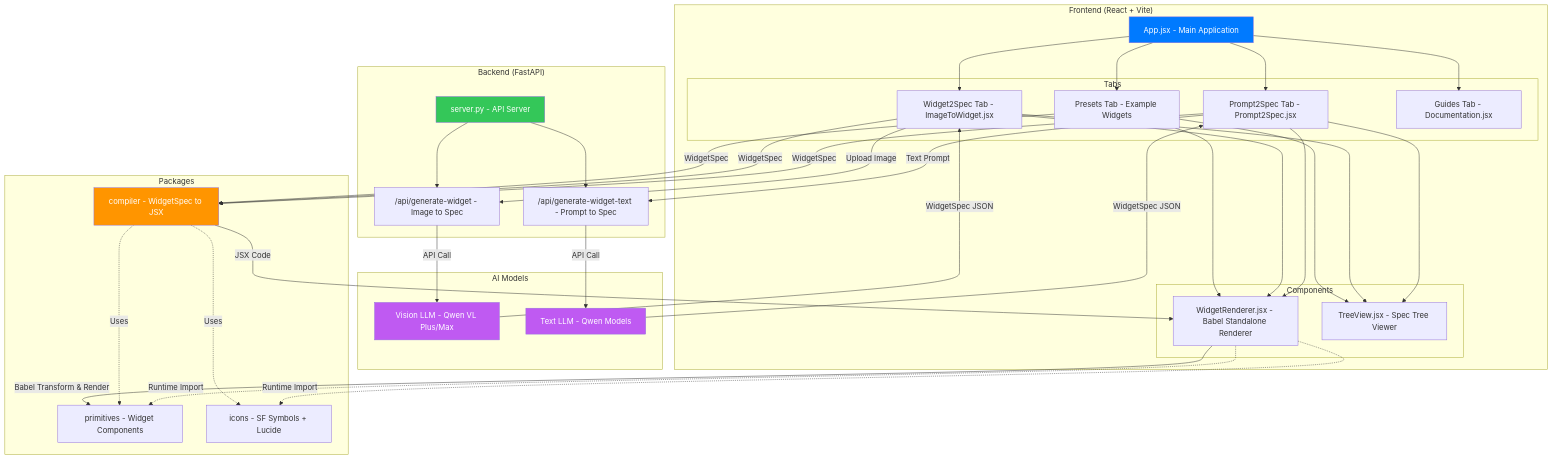
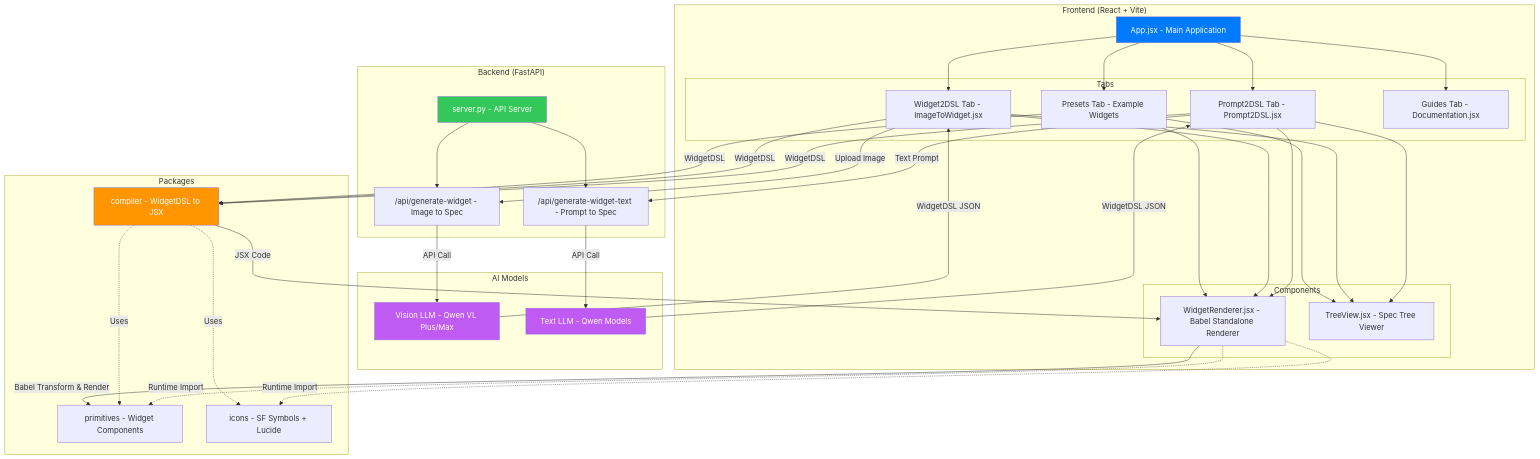
The first of 4 diagrams in apps/playground/architecture.md (Djanghao/widget2code), drawn with Mermaid before and after one commit. The commit also changed other lines of this file and 29 other files, not shown here.

Commit message:
refactor: rename WidgetSpec to WidgetDSL across codebase

````diff
--- a/apps/playground/architecture.md
+++ b/apps/playground/architecture.md
@@ -5,75 +5,75 @@
 ```mermaid
 graph TB
     subgraph Frontend["Frontend (React + Vite)"]
         App["App.jsx - Main Application"]
 
         subgraph Tabs
             Presets["Presets Tab - Example Widgets"]
-            Widget2Spec["Widget2Spec Tab - ImageToWidget.jsx"]
-            Prompt2Spec["Prompt2Spec Tab - Prompt2Spec.jsx"]
+            Widget2DSL["Widget2DSL Tab - ImageToWidget.jsx"]
+            Prompt2DSL["Prompt2DSL Tab - Prompt2DSL.jsx"]
             Guides["Guides Tab - Documentation.jsx"]
         end
 
         App --> Presets
-        App --> Widget2Spec
-        App --> Prompt2Spec
+        App --> Widget2DSL
+        App --> Prompt2DSL
         App --> Guides
 
         subgraph Components
             Renderer["WidgetRenderer.jsx - Babel Standalone Renderer"]
             TreeView["TreeView.jsx - Spec Tree Viewer"]
         end
 
         Presets --> Renderer
         Presets --> TreeView
-        Widget2Spec --> Renderer
-        Widget2Spec --> TreeView
-        Prompt2Spec --> Renderer
-        Prompt2Spec --> TreeView
+        Widget2DSL --> Renderer
+        Widget2DSL --> TreeView
+        Prompt2DSL --> Renderer
+        Prompt2DSL --> TreeView
     end
 
     subgraph Backend["Backend (FastAPI)"]
         Server["server.py - API Server"]
         GenWidget["/api/generate-widget - Image to Spec"]
         GenText["/api/generate-widget-text - Prompt to Spec"]
 
         Server --> GenWidget
         Server --> GenText
     end
 
     subgraph AIModels["AI Models"]
         VLM["Vision LLM - Qwen VL Plus/Max"]
         LLM["Text LLM - Qwen Models"]
     end
 
     subgraph Packages
-        Compiler["compiler - WidgetSpec to JSX"]
+        Compiler["compiler - WidgetDSL to JSX"]
         Primitives["primitives - Widget Components"]
         Icons["icons - SF Symbols + Lucide"]
     end
 
-    Widget2Spec -->|Upload Image| GenWidget
-    Prompt2Spec -->|Text Prompt| GenText
+    Widget2DSL -->|Upload Image| GenWidget
+    Prompt2DSL -->|Text Prompt| GenText
     GenWidget -->|API Call| VLM
     GenText -->|API Call| LLM
-    VLM -->|WidgetSpec JSON| Widget2Spec
-    LLM -->|WidgetSpec JSON| Prompt2Spec
+    VLM -->|WidgetDSL JSON| Widget2DSL
+    LLM -->|WidgetDSL JSON| Prompt2DSL
 
-    Presets -->|WidgetSpec| Compiler
-    Widget2Spec -->|WidgetSpec| Compiler
-    Prompt2Spec -->|WidgetSpec| Compiler
+    Presets -->|WidgetDSL| Compiler
+    Widget2DSL -->|WidgetDSL| Compiler
+    Prompt2DSL -->|WidgetDSL| Compiler
 
     Compiler -->|JSX Code| Renderer
     Renderer -->|Babel Transform & Render| Primitives
 
     Compiler -.->|Uses| Primitives
     Compiler -.->|Uses| Icons
     Renderer -.->|Runtime Import| Primitives
     Renderer -.->|Runtime Import| Icons
 
     style App fill:#007AFF,color:#fff
     style Server fill:#34C759,color:#fff
     style Compiler fill:#FF9500,color:#fff
     style VLM fill:#BF5AF2,color:#fff
     style LLM fill:#BF5AF2,color:#fff
 ```
````
